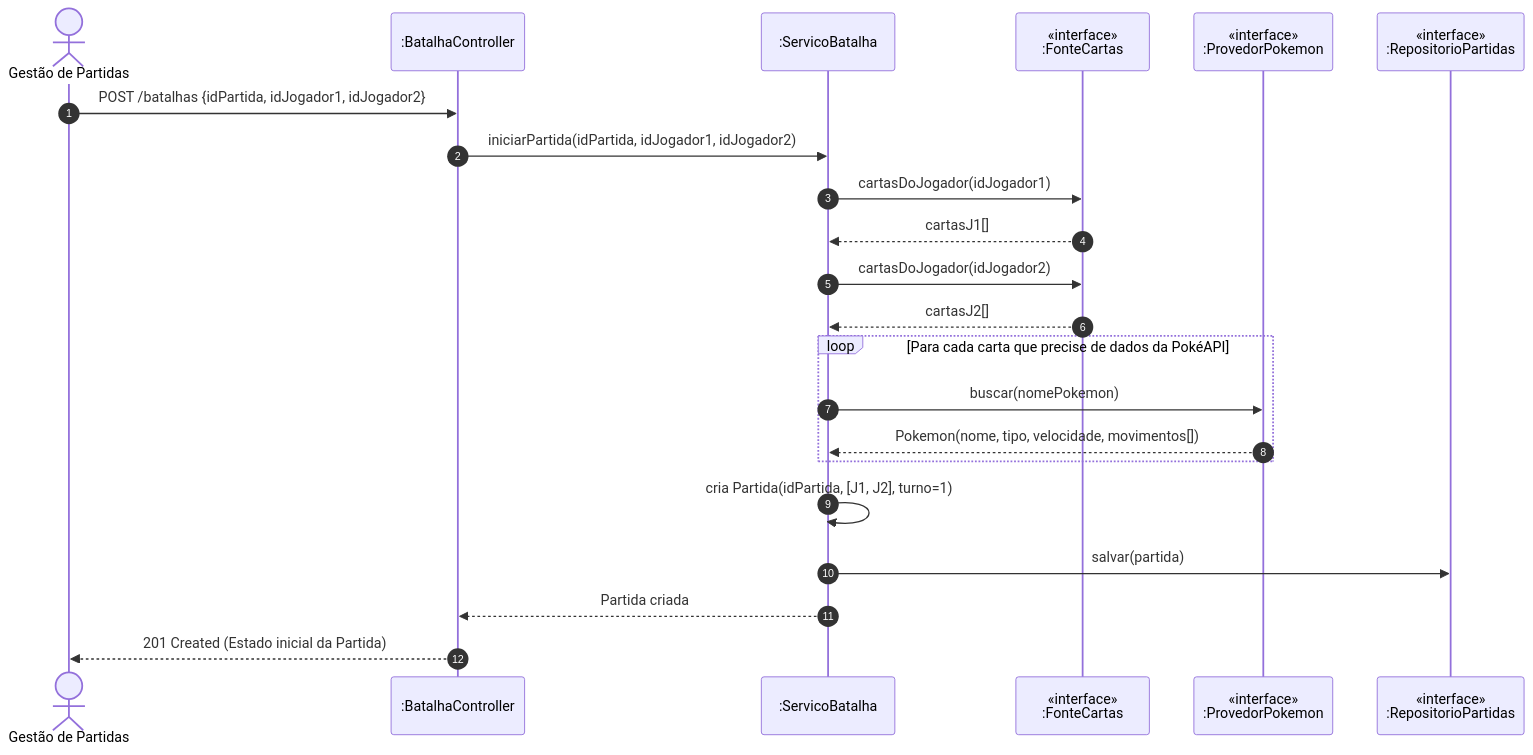
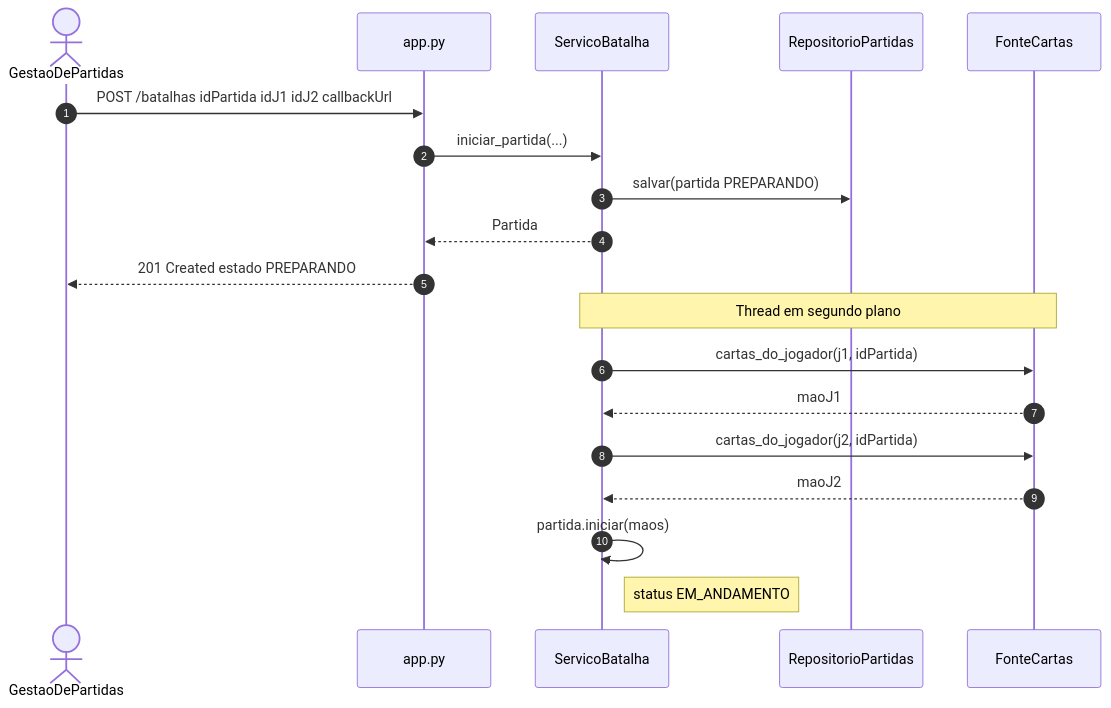
The first of 2 diagrams in docs/04-contratos-de-integracao.md (S03-2026-2/S03_Batalha), drawn with Mermaid before and after one commit. The commit also changed other lines of this file and 8 other files, not shown here.

````diff
--- a/docs/04-contratos-de-integracao.md
+++ b/docs/04-contratos-de-integracao.md
@@ -144,25 +138,22 @@
 ```mermaid
 sequenceDiagram
     autonumber
-    actor Gestao as Gestão de Partidas
-    participant Ctrl as :BatalhaController
-    participant Serv as :ServicoBatalha
-    participant Fonte as «interface»<br/>:FonteCartas
-    participant Poke as «interface»<br/>:ProvedorPokemon
-    participant Repo as «interface»<br/>:RepositorioPartidas
+    actor Gestao as GestaoDePartidas
+    participant App as app.py
+    participant Serv as ServicoBatalha
+    participant Repo as RepositorioPartidas
+    participant Fonte as FonteCartas
 
-    Gestao->>Ctrl: POST /batalhas {idPartida, idJogador1, idJogador2}
-    Ctrl->>Serv: iniciarPartida(idPartida, idJogador1, idJogador2)
-    Serv->>Fonte: cartasDoJogador(idJogador1)
-    Fonte-->>Serv: cartasJ1[]
-    Serv->>Fonte: cartasDoJogador(idJogador2)
-    Fonte-->>Serv: cartasJ2[]
-    loop Para cada carta que precise de dados da PokéAPI
-        Serv->>Poke: buscar(nomePokemon)
-        Poke-->>Serv: Pokemon(nome, tipo, velocidade, movimentos[])
-    end
-    Serv->>Serv: cria Partida(idPartida, [J1, J2], turno=1)
-    Serv->>Repo: salvar(partida)
-    Serv-->>Ctrl: Partida criada
-    Ctrl-->>Gestao: 201 Created (Estado inicial da Partida)
+    Gestao->>App: POST /batalhas idPartida idJ1 idJ2 callbackUrl
+    App->>Serv: iniciar_partida(...)
+    Serv->>Repo: salvar(partida PREPARANDO)
+    Serv-->>App: Partida
+    App-->>Gestao: 201 Created estado PREPARANDO
+    Note over Serv,Fonte: Thread em segundo plano
+    Serv->>Fonte: cartas_do_jogador(j1, idPartida)
+    Fonte-->>Serv: maoJ1
+    Serv->>Fonte: cartas_do_jogador(j2, idPartida)
+    Fonte-->>Serv: maoJ2
+    Serv->>Serv: partida.iniciar(maos)
+    Note right of Serv: status EM_ANDAMENTO
 ```
````
